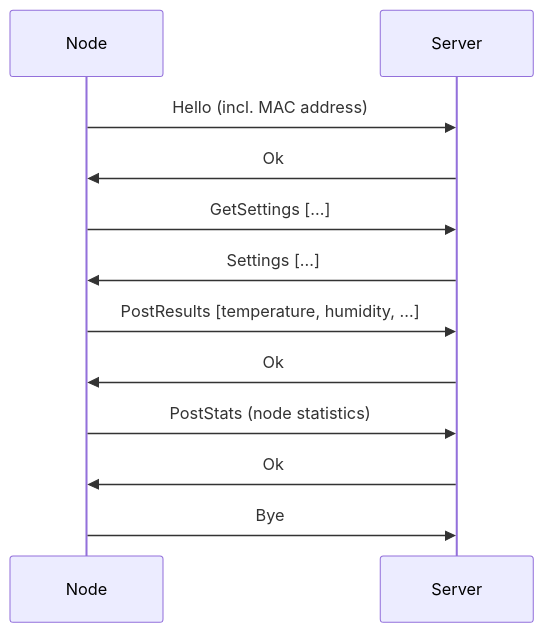
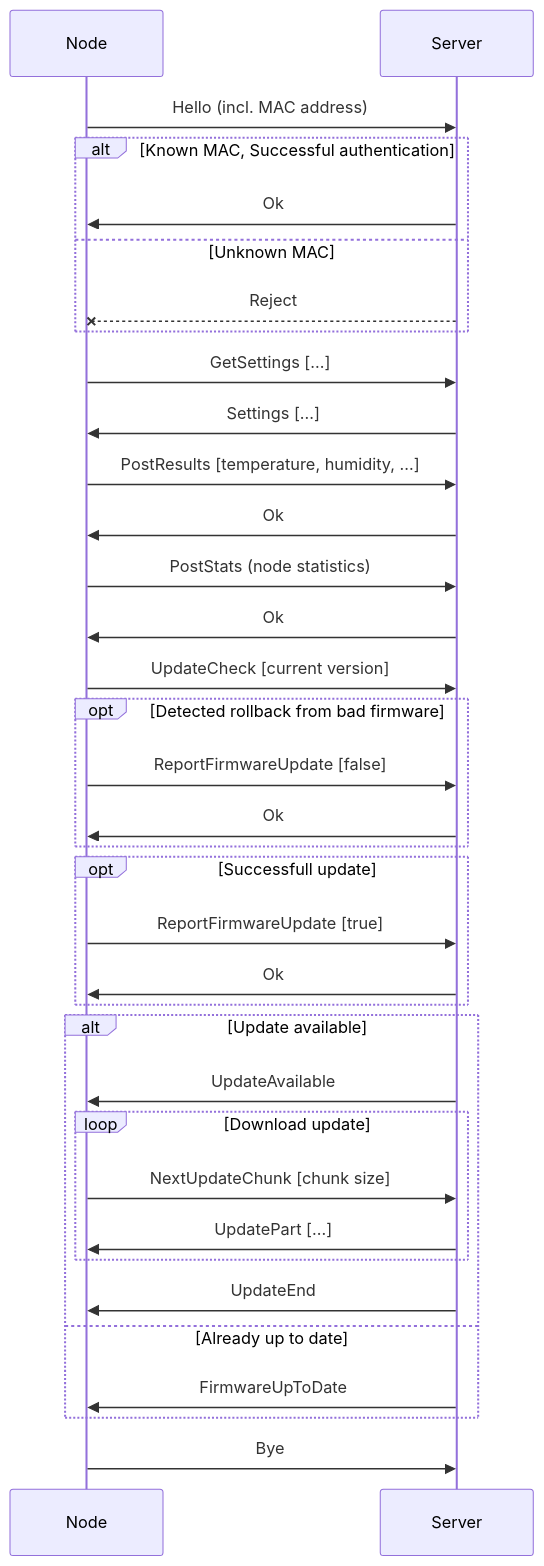
The sixth of 7 diagrams in README.md (PixelWeatherProject/pwmp-msg), drawn with Mermaid before and after one commit. The commit also changed other lines of this file, not shown here.

````diff
--- a/README.md
+++ b/README.md
@@ -86,12 +96,43 @@
 ```mermaid
 sequenceDiagram
     Node->>Server: Hello (incl. MAC address)
-    Server->>Node: Ok
+
+    alt Known MAC, Successful authentication
+        Server->>Node: Ok
+    else Unknown MAC
+        Server--xNode: Reject
+    end
+    
     Node->>Server: GetSettings [...]
     Server->>Node: Settings [...]
     Node->>Server: PostResults [temperature, humidity, ...]
     Server->>Node: Ok
     Node->>Server: PostStats (node statistics)
     Server->>Node: Ok
+    Node->>Server: UpdateCheck [current version]
+
+    opt Detected rollback from bad firmware
+        Node->>Server: ReportFirmwareUpdate [false]
+        Server->>Node: Ok
+    end
+
+    opt Successfull update
+        Node->>Server: ReportFirmwareUpdate [true]
+        Server->>Node: Ok
+    end
+
+    alt Update available
+        Server->>Node: UpdateAvailable
+        
+        loop Download update
+            Node->>Server: NextUpdateChunk [chunk size]
+            Server->>Node: UpdatePart [...]
+        end
+
+        Server->>Node: UpdateEnd
+    else Already up to date
+        Server->>Node: FirmwareUpToDate
+    end
+
     Node->>Server: Bye
 ```
````
